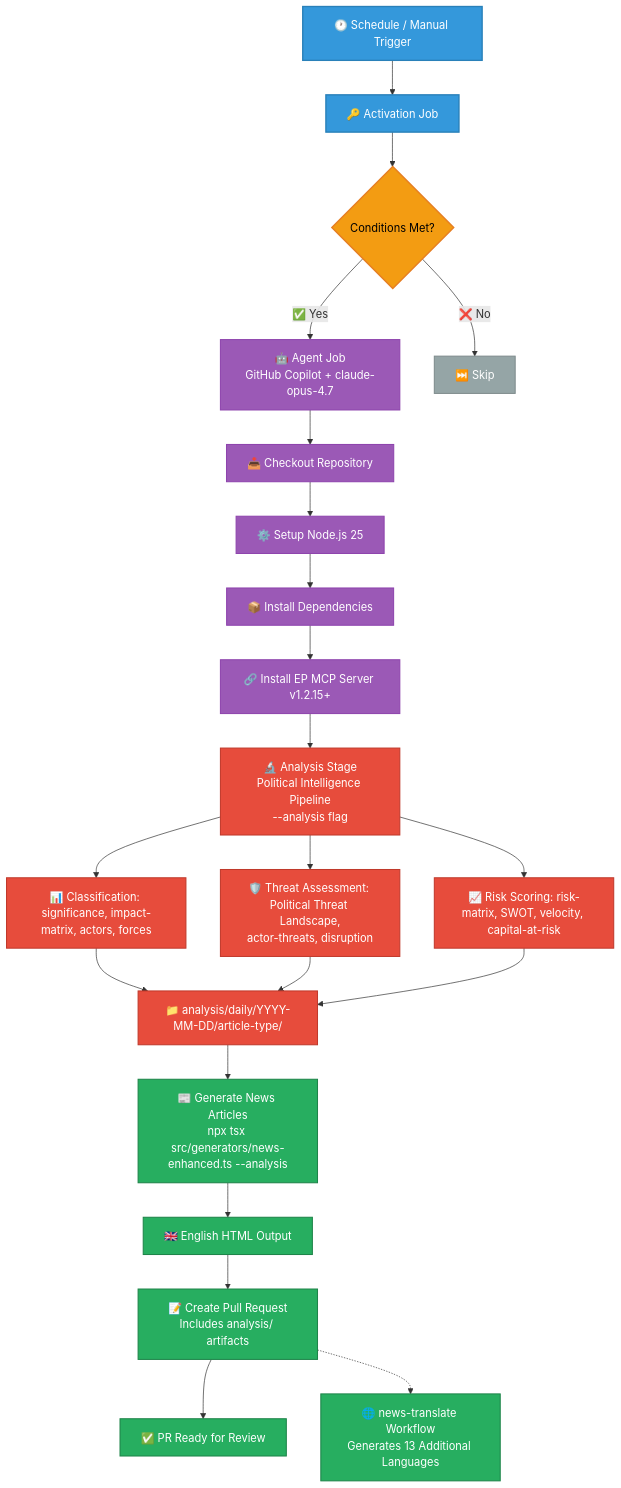
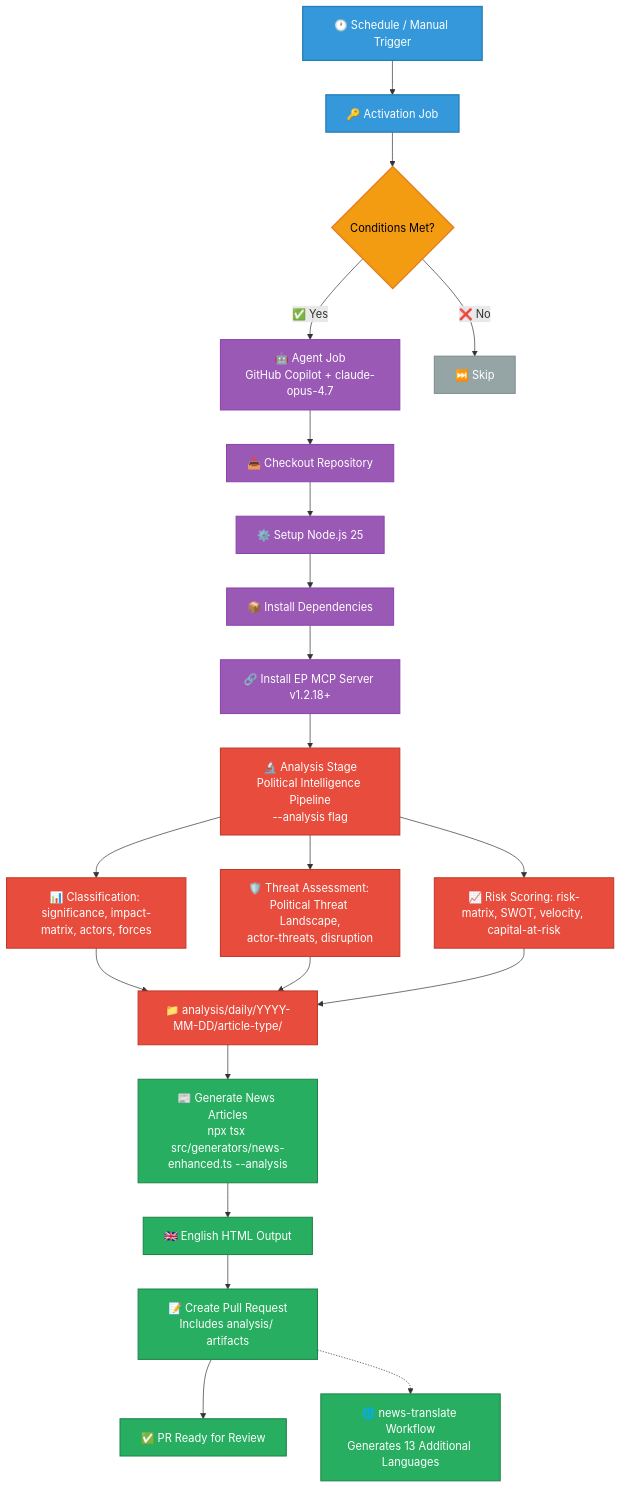
Before and after one commit to Hack23/euparliamentmonitor: the third of 22 diagrams in WORKFLOWS.md, drawn with Mermaid. The commit also changed other lines of this file and 38 other files, not shown here.

````diff
--- a/WORKFLOWS.md
+++ b/WORKFLOWS.md
@@ -250,37 +250,37 @@
 ```mermaid
 graph TD
     A[🕐 Schedule / Manual Trigger] --> B[🔑 Activation Job]
     B --> C{Conditions Met?}
     C -->|✅ Yes| D[🤖 Agent Job<br/>GitHub Copilot + claude-opus-4.7]
     C -->|❌ No| E[⏭️ Skip]
     D --> F[📥 Checkout Repository]
     F --> G[⚙️ Setup Node.js 25]
     G --> H[📦 Install Dependencies]
-    H --> I[🔗 Install EP MCP Server v1.2.15+]
+    H --> I[🔗 Install EP MCP Server v1.2.18+]
     I --> J1[🔬 Analysis Stage<br/>Political Intelligence Pipeline<br/>--analysis flag]
     J1 --> J1a[📊 Classification: significance, impact-matrix, actors, forces]
     J1 --> J1b[🛡️ Threat Assessment: Political Threat Landscape,<br/>actor-threats, disruption]
     J1 --> J1c[📈 Risk Scoring: risk-matrix, SWOT, velocity, capital-at-risk]
     J1a --> J1d["📁 analysis/daily/YYYY-MM-DD/article-type/"]
     J1b --> J1d
     J1c --> J1d
     J1d --> J[📰 Generate News Articles<br/>npx tsx src/generators/news-enhanced.ts --analysis]
     J --> K[🇬🇧 English HTML Output]
     K --> L[📝 Create Pull Request<br/>Includes analysis/ artifacts]
     L --> M[✅ PR Ready for Review]
     L -.-> N[🌐 news-translate Workflow<br/>Generates 13 Additional Languages]
 
     classDef trigger fill:#3498db,stroke:#2980b9,stroke-width:2px,color:white
     classDef process fill:#9b59b6,stroke:#8e44ad,stroke-width:1.5px,color:white
     classDef decision fill:#f39c12,stroke:#e67e22,stroke-width:2px,color:black
     classDef skip fill:#95a5a6,stroke:#7f8c8d,stroke-width:1.5px,color:white
     classDef analysis fill:#e74c3c,stroke:#c0392b,stroke-width:1.5px,color:white
     classDef output fill:#27ae60,stroke:#1e8449,stroke-width:1.5px,color:white
 
     class A,B trigger
     class D,F,G,H,I process
     class C decision
     class E skip
     class J1,J1a,J1b,J1c,J1d analysis
     class J,K,L,M,N output
 ```
````
